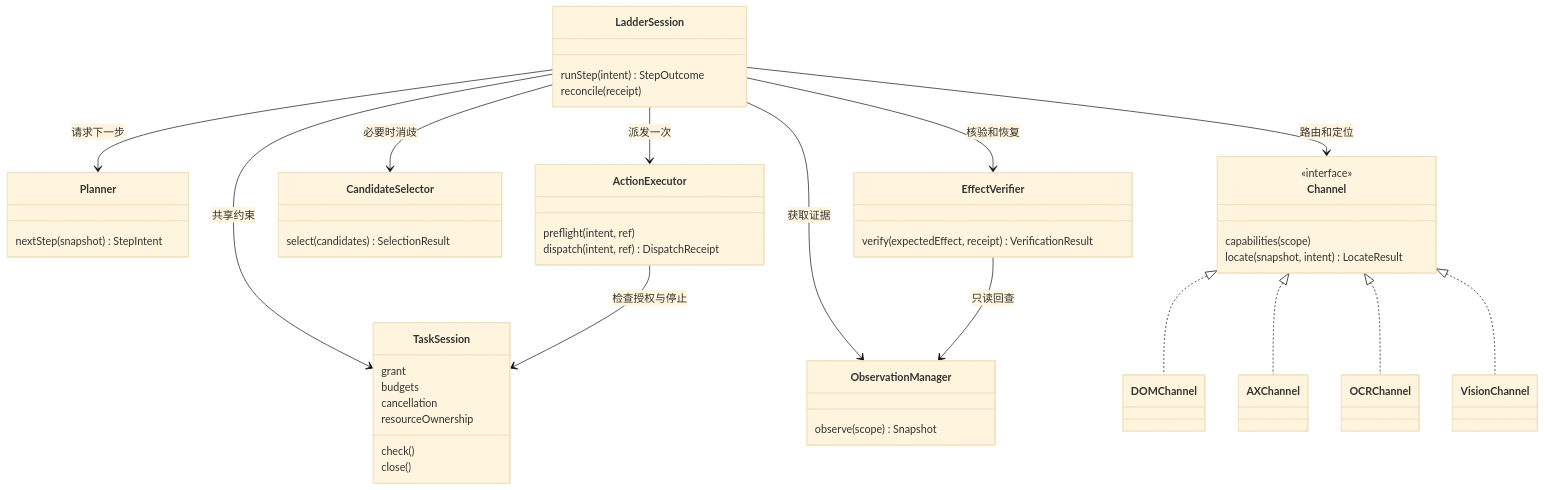
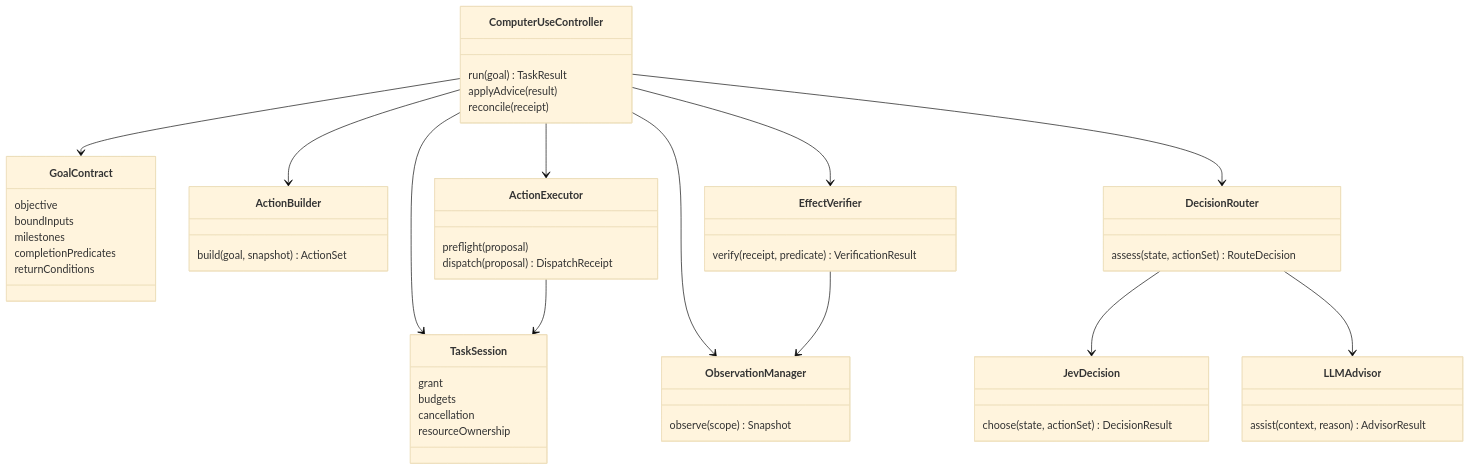
The second of 4 diagrams in docs/plans/active/computer-use-strategy-ladder.md (zbcjackson/tank), drawn with Mermaid (base theme) before and after one commit. The commit also changed other lines of this file and 11 other files, not shown here.

Commit message:
:memo: Revise goal-driven computer-use design

````diff
--- a/docs/plans/active/computer-use-strategy-ladder.md
+++ b/docs/plans/active/computer-use-strategy-ladder.md
@@ -43,49 +79,54 @@
 ```mermaid
 classDiagram
     class TaskSession {
         grant
         budgets
         cancellation
         resourceOwnership
-        check()
-        close()
     }
-    class Planner {
-        nextStep(snapshot) StepIntent
+    class GoalContract {
+        objective
+        boundInputs
+        milestones
+        completionPredicates
+        returnConditions
     }
-    class LadderSession {
-        runStep(intent) StepOutcome
+    class ComputerUseController {
+        run(goal) TaskResult
+        applyAdvice(result)
         reconcile(receipt)
     }
     class ObservationManager {
         observe(scope) Snapshot
     }
-    class Channel {
-        <<interface>>
-        capabilities(scope)
-        locate(snapshot, intent) LocateResult
+    class ActionBuilder {
+        build(goal, snapshot) ActionSet
     }
-    class CandidateSelector {
-        select(candidates) SelectionResult
+    class DecisionRouter {
+        assess(state, actionSet) RouteDecision
+    }
+    class JevDecision {
+        choose(state, actionSet) DecisionResult
+    }
+    class LLMAdvisor {
+        assist(context, reason) AdvisorResult
     }
     class ActionExecutor {
-        preflight(intent, ref)
-        dispatch(intent, ref) DispatchReceipt
+        preflight(proposal)
+        dispatch(proposal) DispatchReceipt
     }
     class EffectVerifier {
-        verify(expectedEffect, receipt) VerificationResult
+        verify(receipt, predicate) VerificationResult
     }
-    LadderSession --> TaskSession : 共享约束
-    LadderSession --> Planner : 请求下一步
-    LadderSession --> ObservationManager : 获取证据
-    LadderSession --> Channel : 路由和定位
-    LadderSession --> CandidateSelector : 必要时消歧
-    LadderSession --> ActionExecutor : 派发一次
-    LadderSession --> EffectVerifier : 核验和恢复
-    Channel <|.. DOMChannel
-    Channel <|.. AXChannel
-    Channel <|.. OCRChannel
-    Channel <|.. VisionChannel
-    ActionExecutor --> TaskSession : 检查授权与停止
-    EffectVerifier --> ObservationManager : 只读回查
+    ComputerUseController --> TaskSession
+    ComputerUseController --> GoalContract
+    ComputerUseController --> ObservationManager
+    ComputerUseController --> ActionBuilder
+    ComputerUseController --> DecisionRouter
+    DecisionRouter --> JevDecision
+    DecisionRouter --> LLMAdvisor
+    ComputerUseController --> ActionExecutor
+    ComputerUseController --> EffectVerifier
+    ActionExecutor --> TaskSession
+    EffectVerifier --> ObservationManager
 ```
````
